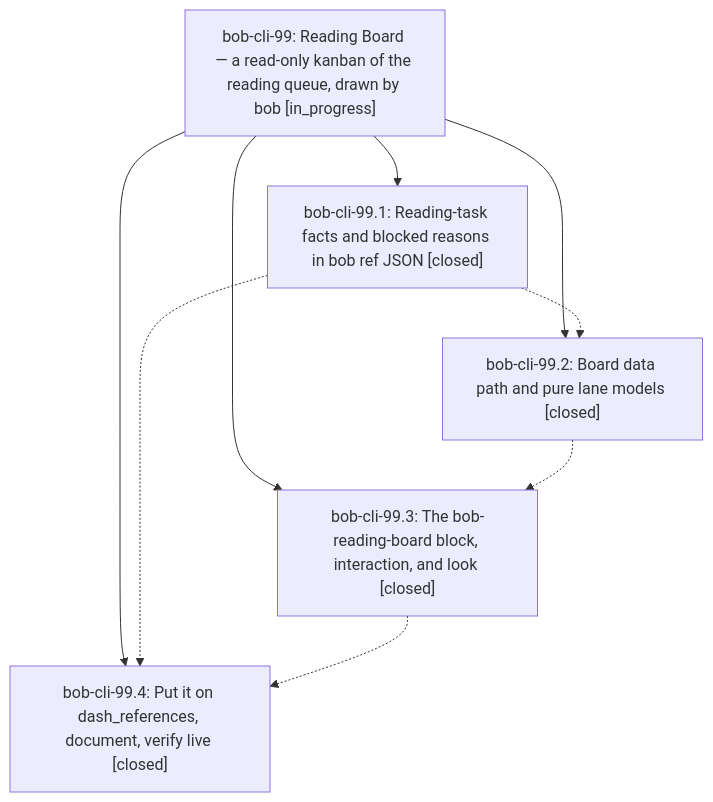
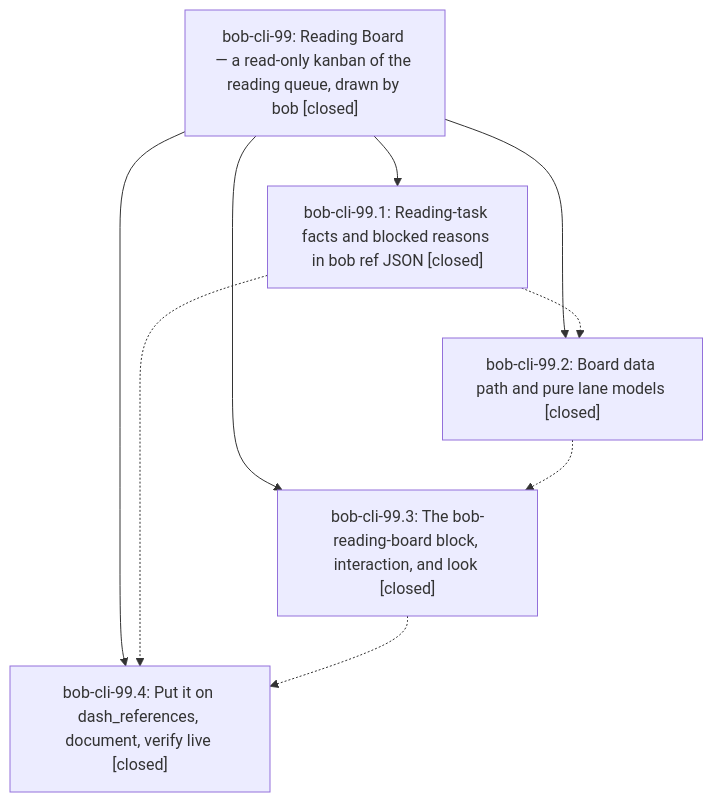
One commit to bobs-org/bob-cli--beads changed the diagram in pages/bob-cli-99/README.md. Above: the diagram before and after it, drawn with Mermaid. The commit also changed other lines of this file and 2 other files, not shown here.

First line of the commit message:
chore(beads): sync bead state and pages for bob-cli-99

````diff
--- a/pages/bob-cli-99/README.md
+++ b/pages/bob-cli-99/README.md
@@ -39,16 +78,16 @@
 ```mermaid
 flowchart TD
-    n0["bob-cli-99: Reading Board — a read-only kanban of the reading queue, drawn by bob [in_progress]"]
+    n0["bob-cli-99: Reading Board — a read-only kanban of the reading queue, drawn by bob [closed]"]
     n1["bob-cli-99.1: Reading-task facts and blocked reasons in bob ref JSON [closed]"]
     n2["bob-cli-99.2: Board data path and pure lane models [closed]"]
     n3["bob-cli-99.3: The bob-reading-board block, interaction, and look [closed]"]
     n4["bob-cli-99.4: Put it on dash_references, document, verify live [closed]"]
     n0 --> n1
     n0 --> n2
     n0 --> n3
     n0 --> n4
     n1 -.-> n2
     n1 -.-> n4
     n2 -.-> n3
     n3 -.-> n4
 ```
````
